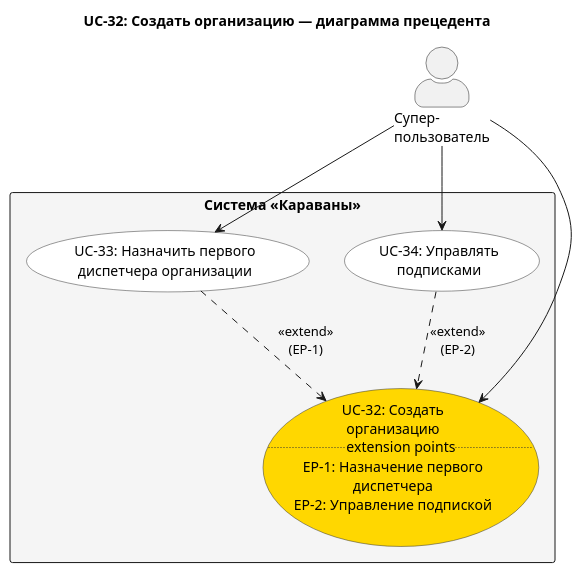
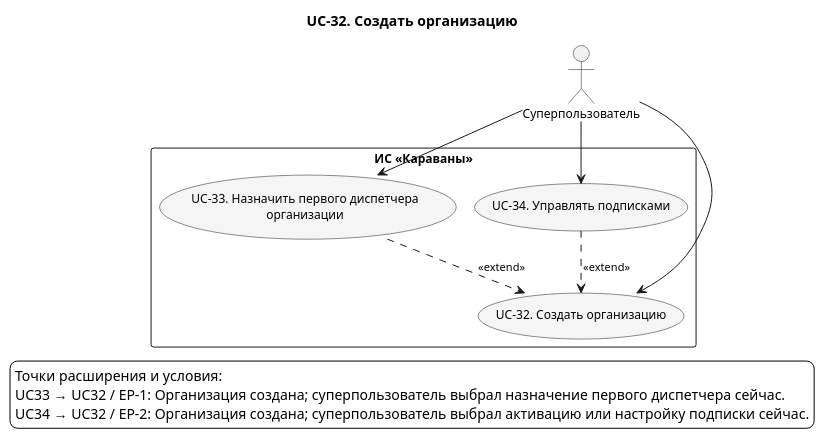
The diagram in docs/diagrams/usecases/UC_32_Detail.puml (granikartem/MPI), drawn with PlantUML before and after one commit. The commit also changed 319 other files, not shown here.

Commit message:
Добавлены диаграммы

```diff
--- a/docs/diagrams/usecases/UC_32_Detail.puml
+++ b/docs/diagrams/usecases/UC_32_Detail.puml
@@ -1,24 +1,36 @@
 @startuml UC_32_Detail
-skinparam actorStyle awesome
-skinparam usecaseBackgroundColor #White
-skinparam usecaseBorderColor #333333
-skinparam rectangleBackgroundColor #F5F5F5
+!pragma layout smetana
+skinparam shadowing false
+skinparam defaultFontName Arial
+skinparam defaultFontSize 12
+skinparam backgroundColor white
+skinparam nodesep 75
+skinparam ranksep 100
+skinparam ArrowFontSize 11
+skinparam usecaseBackgroundColor #F5F5F5
+skinparam activityBackgroundColor #F5F5F5
+top to bottom direction
+title UC-32. Создать организацию
 
-title UC-32: Создать организацию — диаграмма прецедента
-
-actor "Супер-\nпользователь" as Super
-
-rectangle "Система «Караваны»" {
-  usecase "UC-32: Создать\nорганизацию\n.. extension points ..\nEP-1: Назначение первого\nдиспетчера\nEP-2: Управление подпиской" as UC32 #Gold
-  usecase "UC-33: Назначить первого\nдиспетчера организации" as UC33
-  usecase "UC-34: Управлять\nподписками" as UC34
+actor "Суперпользователь" as SuperUser
+rectangle "ИС «Караваны»" as SystemBoundary {
+  usecase "UC-32. Создать организацию" as UC32
+  usecase "UC-33. Назначить первого диспетчера\nорганизации" as UC33
+  usecase "UC-34. Управлять подписками" as UC34
 }
-
-Super --> UC32
-Super --> UC33
-Super --> UC34
-
-UC33 ..> UC32 : <<extend>>\n(EP-1)
-UC34 ..> UC32 : <<extend>>\n(EP-2)
-
+' edge:R070
+UC33 ..> UC32 : <<extend>>
+' edge:R071
+UC34 ..> UC32 : <<extend>>
+' edge:R046
+SuperUser --> UC32
+' edge:R047
+SuperUser --> UC33
+' edge:R048
+SuperUser --> UC34
+legend bottom
+  Точки расширения и условия:
+  UC33 → UC32 / EP-1: Организация создана; суперпользователь выбрал назначение первого диспетчера сейчас.
+  UC34 → UC32 / EP-2: Организация создана; суперпользователь выбрал активацию или настройку подписки сейчас.
+endlegend
 @enduml
```
